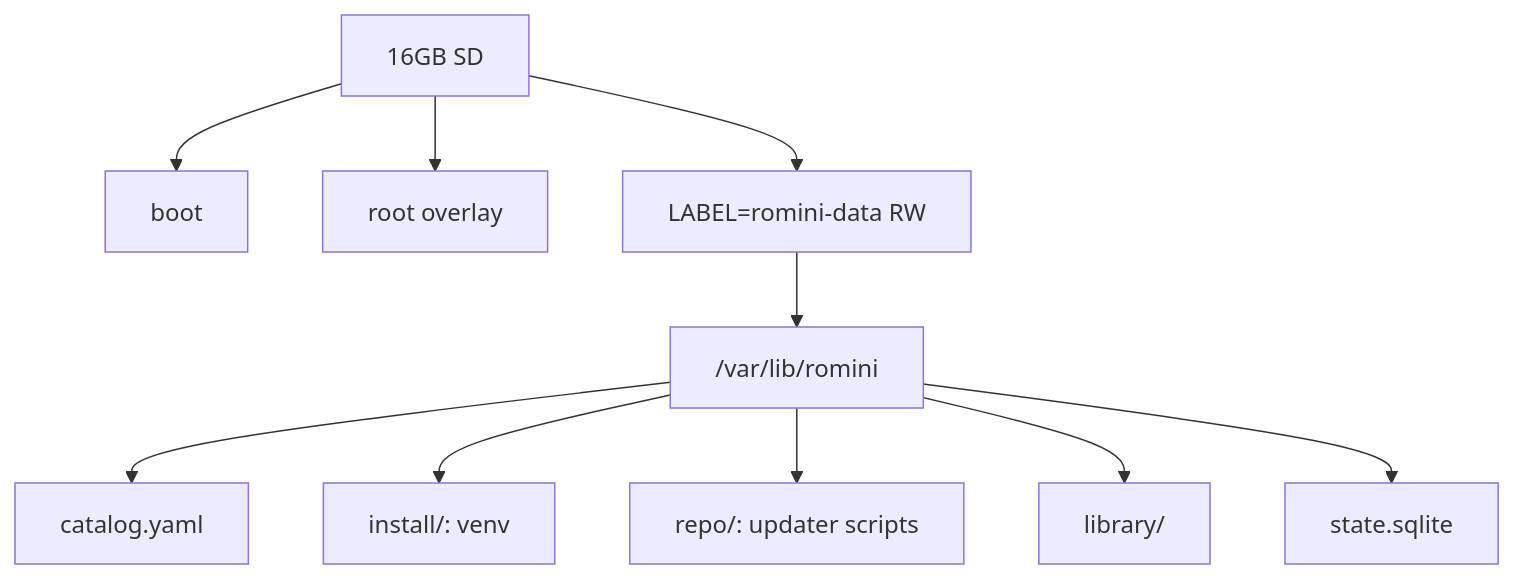
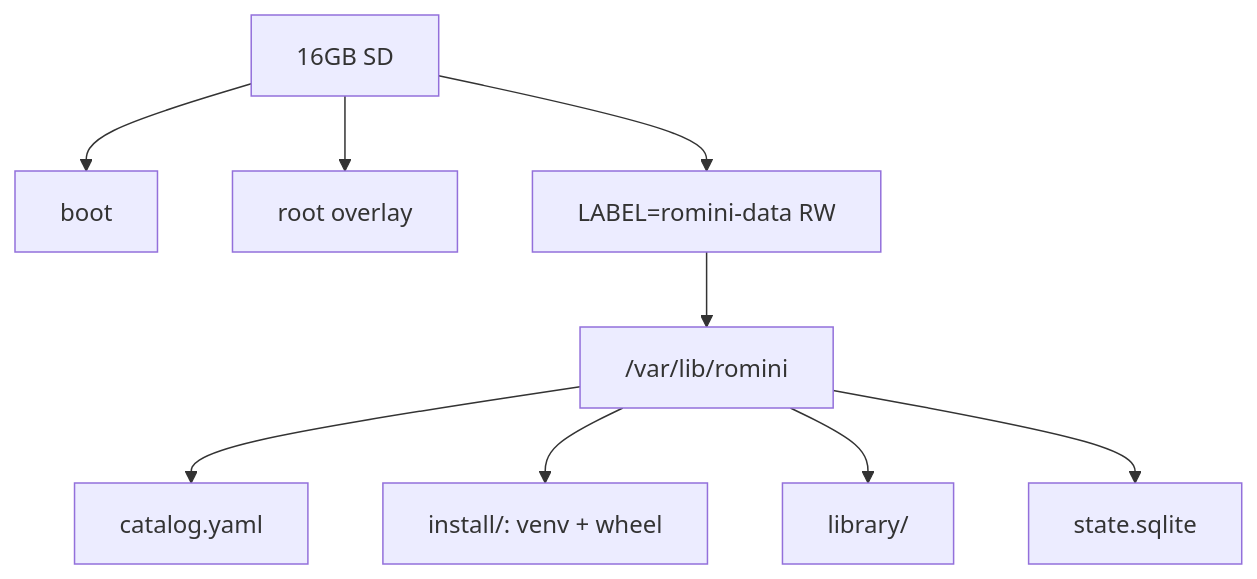
The fourth of 4 diagrams in docs/architecture.md (mzworthington/RoMini), drawn with Mermaid before and after one commit. The commit also changed other lines of this file and 10 other files, not shown here.

Commit message:
feat(pi): install from GitHub Release wheel without a clone

````diff
--- a/docs/architecture.md
+++ b/docs/architecture.md
@@ -131,13 +131,12 @@
 ```mermaid
 flowchart TB
   sd["16GB SD"]
   sd --> boot["boot"]
   sd --> root["root overlay"]
   sd --> data["LABEL=romini-data RW"]
   data --> tree["/var/lib/romini"]
   tree --> catalog["catalog.yaml"]
-  tree --> install["install/: venv"]
-  tree --> repo["repo/: updater scripts"]
+  tree --> install["install/: venv + wheel"]
   tree --> library["library/"]
   tree --> db["state.sqlite"]
 ```
````
